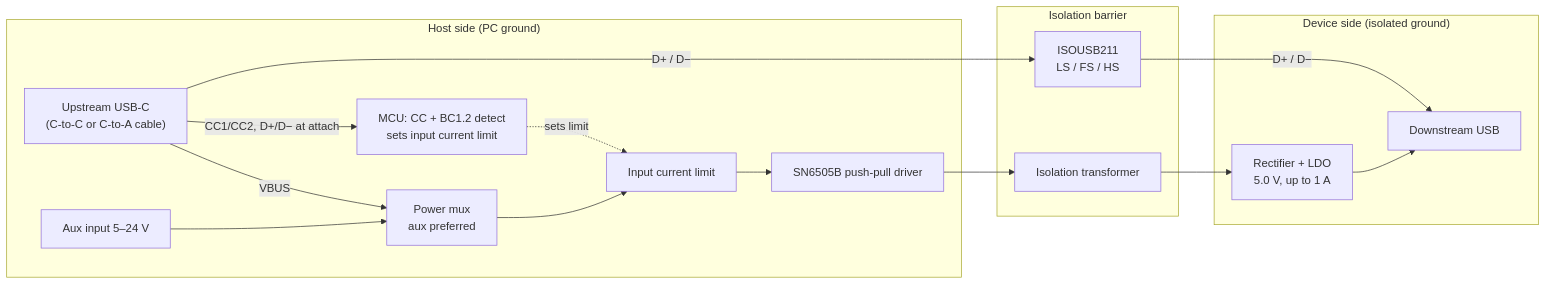
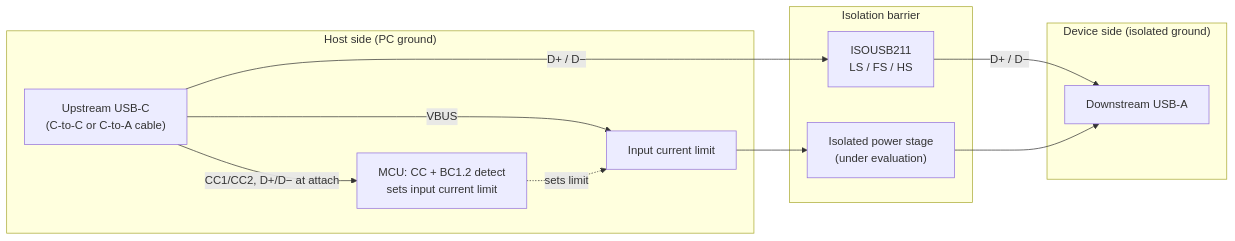
One commit to davhodg/usb2-480mbps-isolator changed the diagram in README.md. Above: the diagram before and after it, drawn with Mermaid. The commit also changed other lines of this file, not shown here.

````diff
--- a/README.md
+++ b/README.md
@@ -33,25 +33,19 @@
 ```mermaid
 flowchart LR
   subgraph HOST["Host side (PC ground)"]
     UP["Upstream USB-C<br/>(C-to-C or C-to-A cable)"]
-    AUX["Aux input 5–24 V"]
     CC["MCU: CC + BC1.2 detect<br/>sets input current limit"]
-    MUX["Power mux<br/>aux preferred"]
     LIM["Input current limit"]
-    DRV["SN6505B push-pull driver"]
   end
   subgraph BARRIER["Isolation barrier"]
     ISO["ISOUSB211<br/>LS / FS / HS"]
-    XFMR["Isolation transformer"]
+    PWR["Isolated power stage<br/>(under evaluation)"]
   end
   subgraph DEV["Device side (isolated ground)"]
-    LDO["Rectifier + LDO<br/>5.0 V, up to 1 A"]
-    DOWN["Downstream USB"]
+    DOWN["Downstream USB-A"]
   end
   UP -- "D+ / D−" --> ISO -- "D+ / D−" --> DOWN
   UP -- "CC1/CC2, D+/D− at attach" --> CC
-  UP -- VBUS --> MUX
-  AUX --> MUX
-  MUX --> LIM --> DRV --> XFMR --> LDO --> DOWN
+  UP -- VBUS --> LIM --> PWR --> DOWN
   CC -. sets limit .-> LIM
 ```
````
